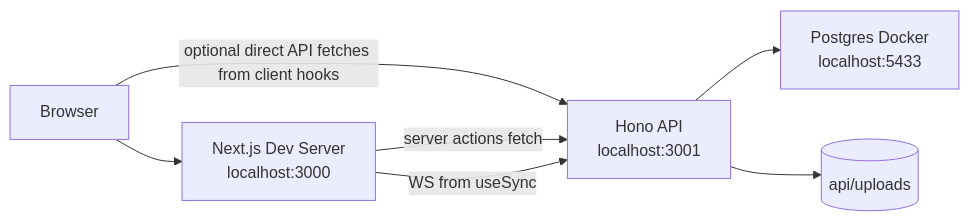
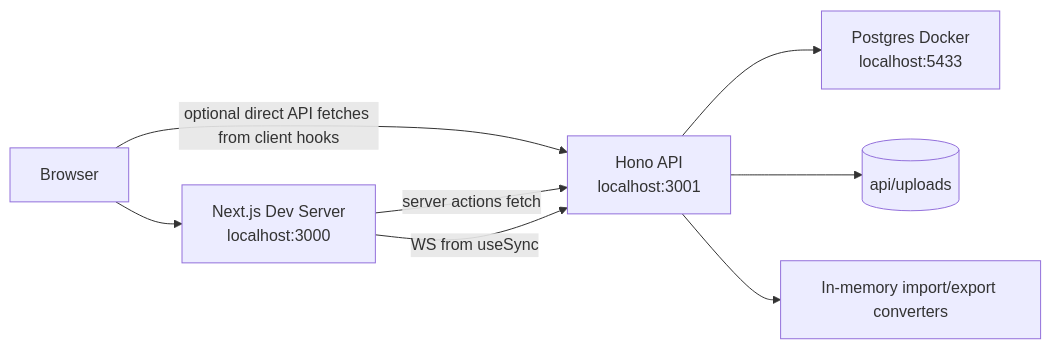
One commit to duongdk099/cluster-offline changed the third of 12 diagrams in architecture.md. Above: the diagram before and after it, drawn with Mermaid. The commit also changed other lines of this file and 8 other files, not shown here.

````diff
--- a/architecture.md
+++ b/architecture.md
@@ -45,14 +47,15 @@
 ```mermaid
 flowchart LR
     Browser[Browser]
     NextDev[Next.js Dev Server\nlocalhost:3000]
     ApiDev[Hono API\nlocalhost:3001]
     Db[Postgres Docker\nlocalhost:5433]
 
     Browser --> NextDev
     Browser -->|optional direct API fetches from client hooks| ApiDev
     NextDev -->|server actions fetch| ApiDev
     NextDev -->|WS from useSync| ApiDev
     ApiDev --> Db
     ApiDev --> UploadDisk[(api/uploads)]
+    ApiDev --> FileConverters[In-memory import/export converters]
 ```
````
